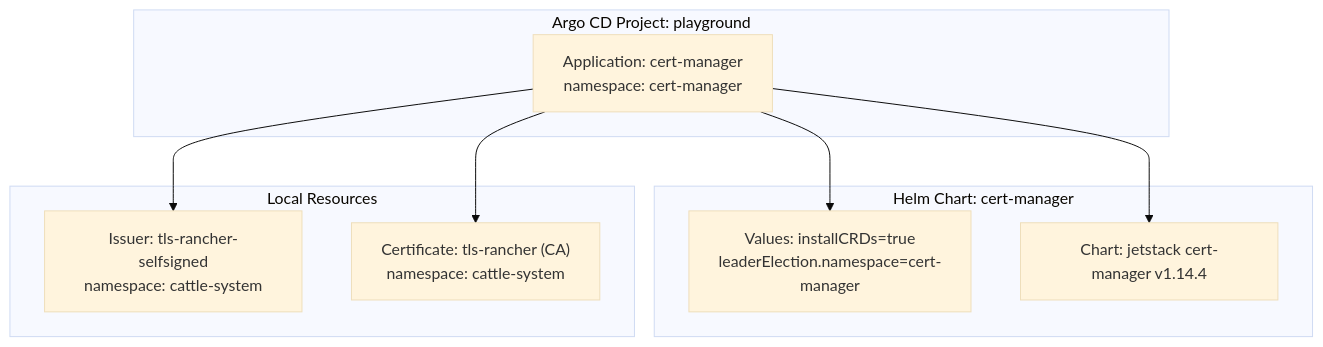
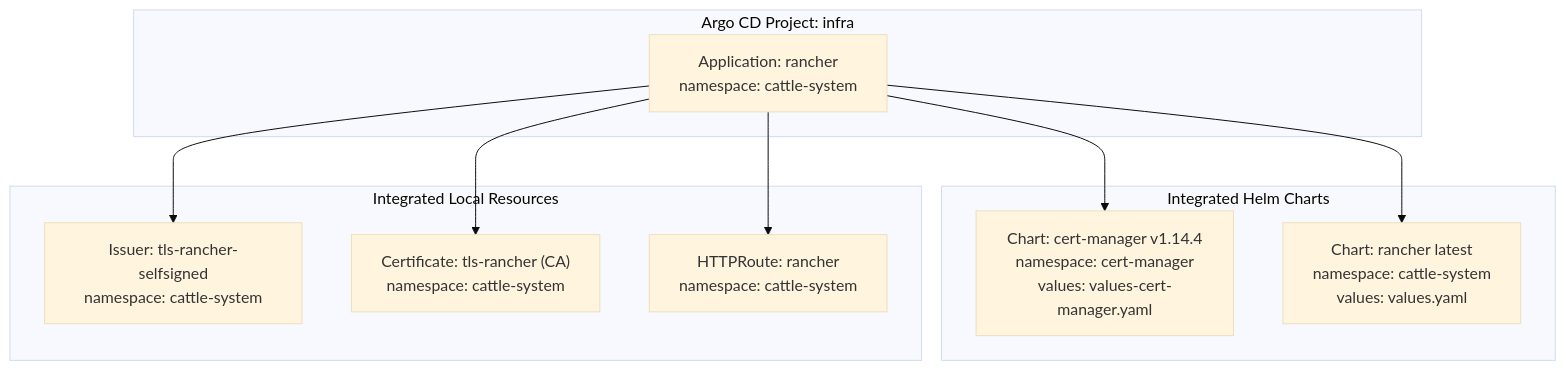
One commit to Hoangvu75/k8s_manifest changed the first of 5 diagrams in .qoder/repowiki/en/content/Playground Applications/Certificate Manager Application.md. Above: the diagram before and after it, drawn with Mermaid (base theme). The commit also changed other lines of this file and 24 other files, not shown here.

````diff
--- a/.qoder/repowiki/en/content/Playground Applications/Certificate Manager Application.md
+++ b/.qoder/repowiki/en/content/Playground Applications/Certificate Manager Application.md
@@ -34,18 +41,20 @@
 ```mermaid
 graph TB
-subgraph "Argo CD Project: playground"
-A["Application: cert-manager<br/>namespace: cert-manager"]
+subgraph "Argo CD Project: infra"
+A["Application: rancher<br/>namespace: cattle-system"]
 end
-subgraph "Helm Chart: cert-manager"
-B["Values: installCRDs=true<br/>leaderElection.namespace=cert-manager"]
-C["Chart: jetstack cert-manager v1.14.4"]
+subgraph "Integrated Helm Charts"
+B["Chart: cert-manager v1.14.4<br/>namespace: cert-manager<br/>values: values-cert-manager.yaml"]
+C["Chart: rancher latest<br/>namespace: cattle-system<br/>values: values.yaml"]
 end
-subgraph "Local Resources"
+subgraph "Integrated Local Resources"
 D["Issuer: tls-rancher-selfsigned<br/>namespace: cattle-system"]
 E["Certificate: tls-rancher (CA)<br/>namespace: cattle-system"]
+F["HTTPRoute: rancher<br/>namespace: cattle-system"]
 end
 A --> B
 A --> C
 A --> D
 A --> E
+A --> F
 ```
````
